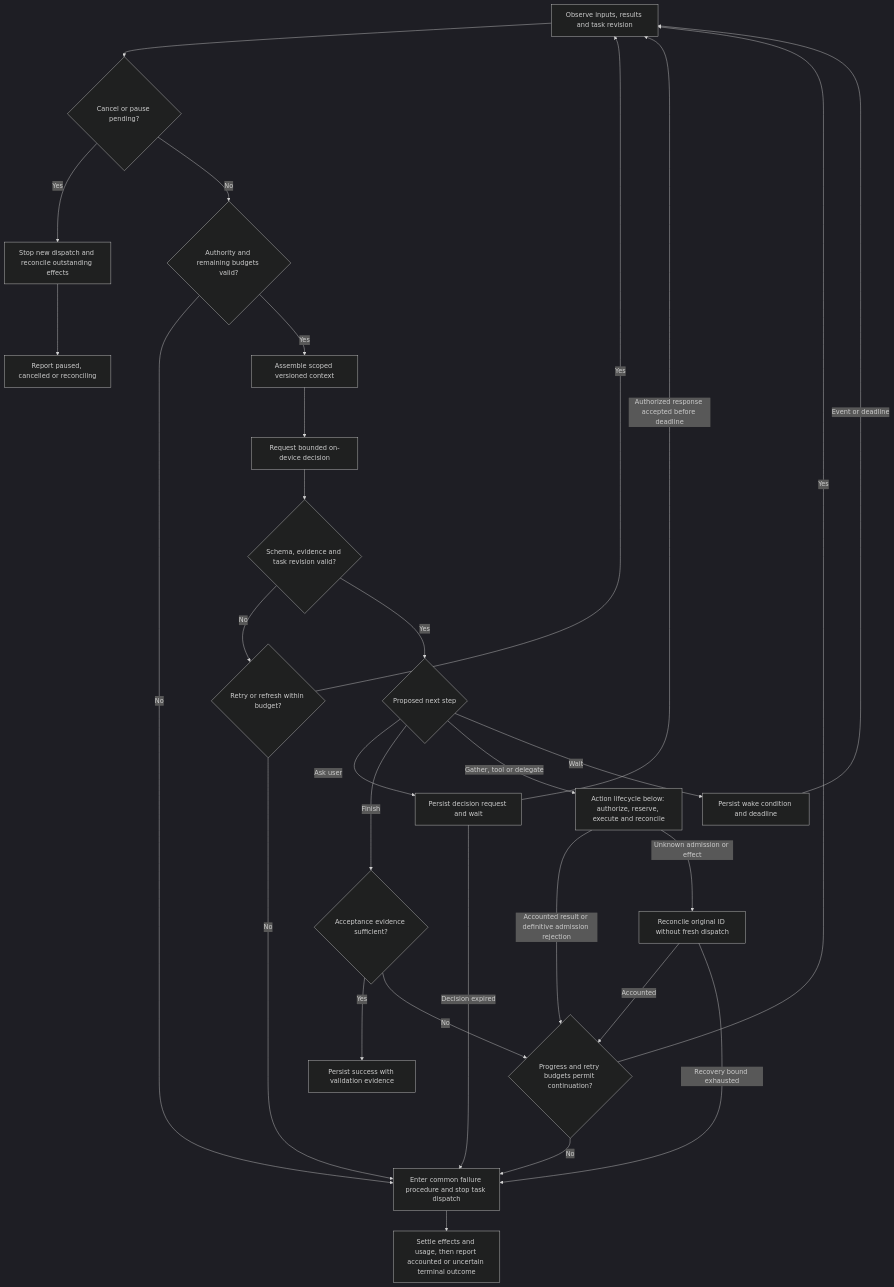
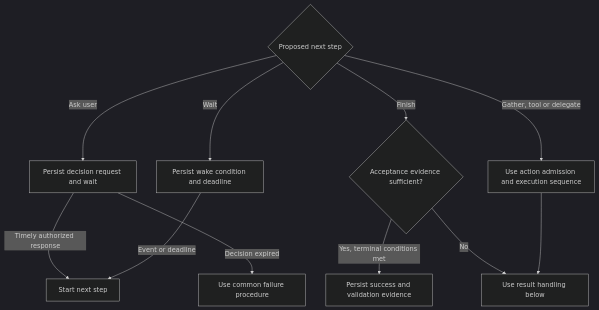
One commit to pidster/asura changed the sixth of 13 diagrams in docs/designs/core-harness-brief.md. Above: the diagram before and after it, drawn with Mermaid (dark theme). The commit also changed other lines of this file and 16 other files, not shown here.

````diff
--- a/docs/designs/core-harness-brief.md
+++ b/docs/designs/core-harness-brief.md
@@ -225,31 +256,14 @@
 ```mermaid
 flowchart TD
-    Observe["Observe inputs, results and task revision"] --> Control{"Cancel or pause pending?"}
-    Control -->|Yes| Settle["Stop new dispatch and reconcile outstanding effects"]
-    Settle --> Controlled["Report paused, cancelled or reconciling"]
-    Control -->|No| Budget{"Authority and remaining budgets valid?"}
-    Budget -->|No| Stop["Enter common failure procedure and stop task dispatch"]
-    Stop --> FailureRecovery["Settle effects and usage, then report accounted or uncertain terminal outcome"]
-    Budget -->|Yes| Context["Assemble scoped versioned context"]
-    Context --> Decision["Request bounded on-device decision"]
-    Decision --> Valid{"Schema, evidence and task revision valid?"}
-    Valid -->|No| Retry{"Retry or refresh within budget?"}
-    Retry -->|Yes| Observe
-    Retry -->|No| Stop
-    Valid -->|Yes| Kind{"Proposed next step"}
+    Kind{"Proposed next step"}
     Kind -->|Ask user| User["Persist decision request and wait"]
-    User -->|Authorized response accepted before deadline| Observe
-    User -->|Decision expired| Stop
+    User -->|Timely authorized response| Next["Start next step"]
+    User -->|Decision expired| Stop["Use common failure procedure"]
     Kind -->|Finish| Verify{"Acceptance evidence sufficient?"}
-    Verify -->|Yes| Success["Persist success with validation evidence"]
-    Verify -->|No| Progress
-    Kind -->|Gather, tool or delegate| Action["Action lifecycle below: authorize, reserve, execute and reconcile"]
-    Action -->|Accounted result or definitive admission rejection| Progress{"Progress and retry budgets permit continuation?"}
-    Action -->|Unknown admission or effect| Unknown["Reconcile original ID without fresh dispatch"]
-    Unknown -->|Accounted| Progress
-    Unknown -->|Recovery bound exhausted| Stop
-    Progress -->|Yes| Observe
-    Progress -->|No| Stop
+    Verify -->|Yes, terminal conditions met| Success["Persist success and validation evidence"]
+    Verify -->|No| Result["Use result handling below"]
+    Kind -->|Gather, tool or delegate| Action["Use action admission and execution sequence"]
+    Action --> Result
     Kind -->|Wait| Wait["Persist wake condition and deadline"]
-    Wait -->|Event or deadline| Observe
+    Wait -->|Event or deadline| Next
 ```
````
